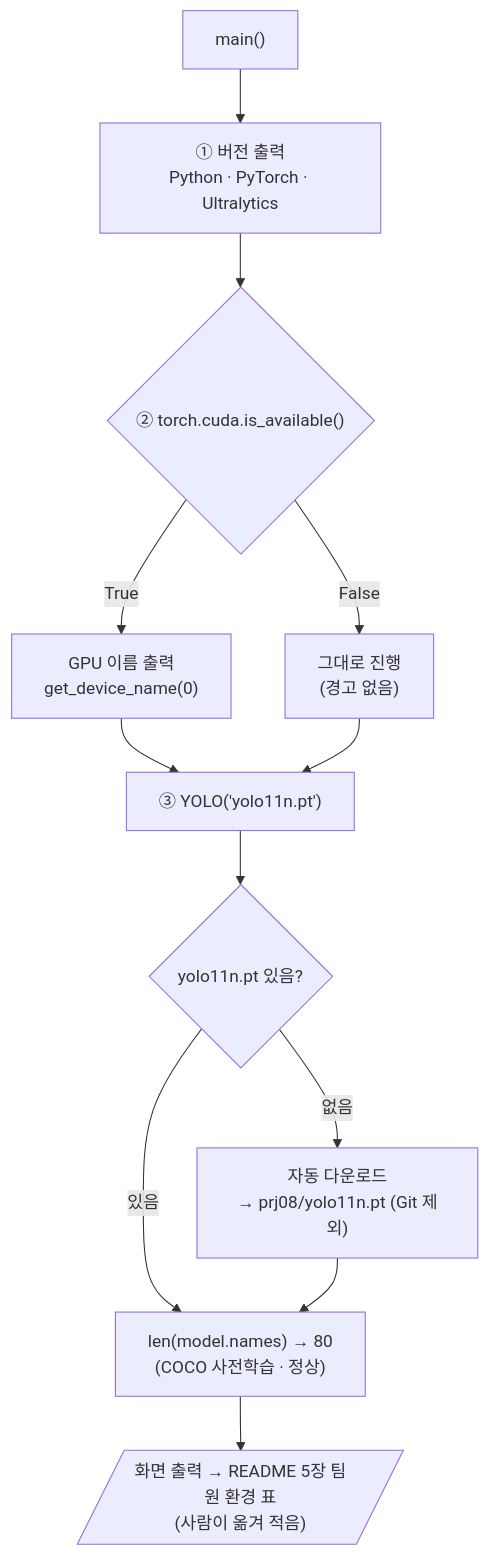
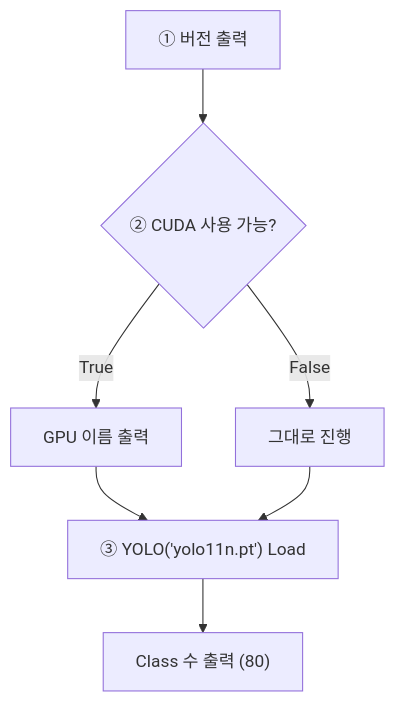
The diagram in prj08/docs/code_review/scripts/01_check_environment.md (howolcat/prj2026.10), drawn with Mermaid before and after one commit. The commit also changed other lines of this file and 25 other files, not shown here.

````diff
--- a/prj08/docs/code_review/scripts/01_check_environment.md
+++ b/prj08/docs/code_review/scripts/01_check_environment.md
@@ -29,14 +30,9 @@
 ```mermaid
 flowchart TD
-    A["main()"] --> B["① 버전 출력<br/>Python · PyTorch · Ultralytics"]
-    B --> C{"② torch.cuda.is_available()"}
-    C -->|True| D["GPU 이름 출력<br/>get_device_name(0)"]
-    C -->|False| E["그대로 진행<br/>(경고 없음)"]
-    D --> F["③ YOLO('yolo11n.pt')"]
-    E --> F
-    F --> G{"yolo11n.pt 있음?"}
-    G -->|없음| H["자동 다운로드<br/>→ prj08/yolo11n.pt (Git 제외)"]
-    G -->|있음| I
-    H --> I["len(model.names) → 80<br/>(COCO 사전학습 · 정상)"]
-    I --> J[/"화면 출력 → README 5장 팀원 환경 표<br/>(사람이 옮겨 적음)"/]
+    A["① 버전 출력"] --> B{"② CUDA 사용 가능?"}
+    B -->|True| C["GPU 이름 출력"]
+    B -->|False| D["그대로 진행"]
+    C --> E["③ YOLO('yolo11n.pt') Load"]
+    D --> E
+    E --> F["Class 수 출력 (80)"]
 ```
````
